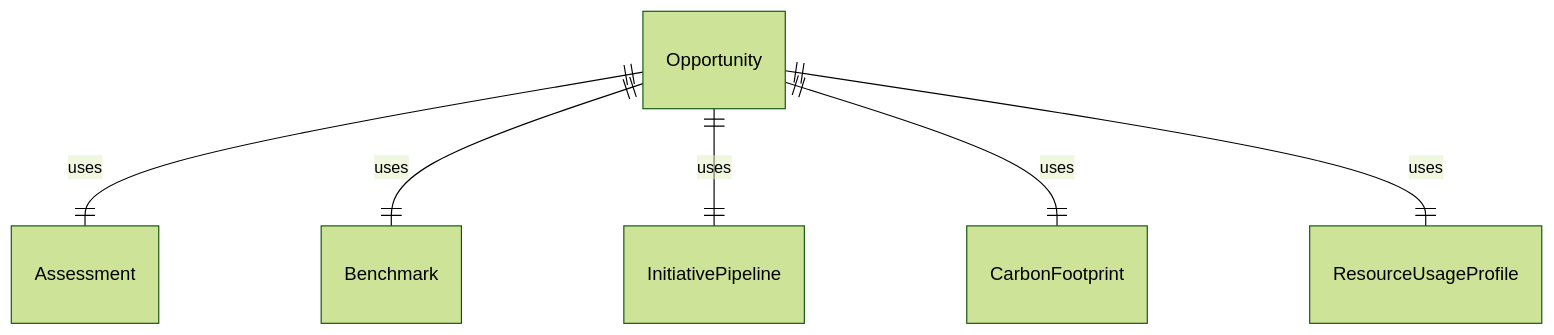
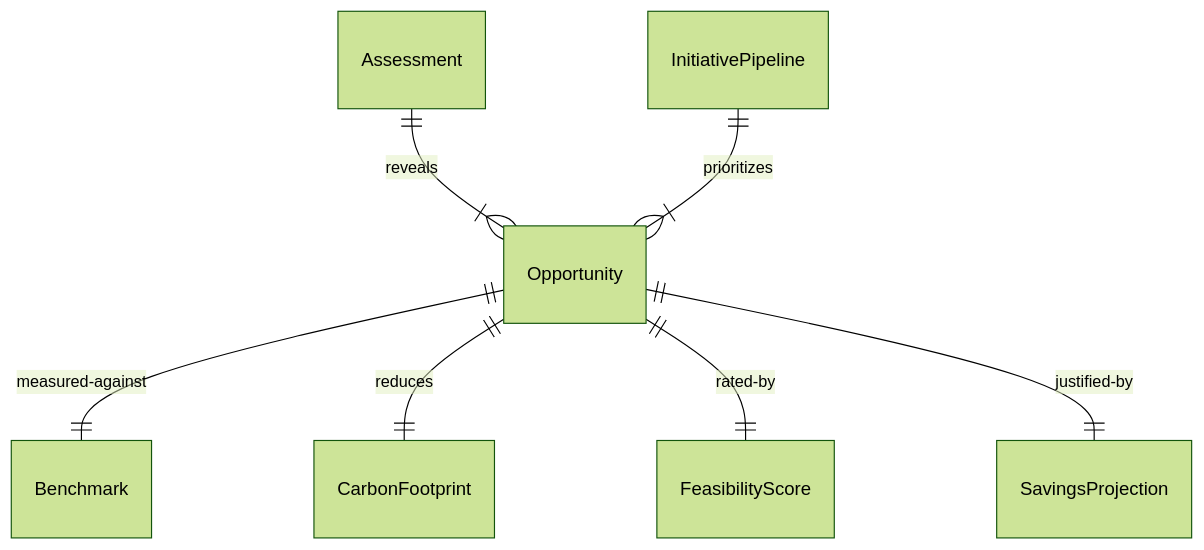
One commit to dot-org-ai/tasks.org.ai changed the first of 4 diagrams in IdentifyingObjectsActionsAndEvents/IdentifyBusinessOrOrganizationalOpportunities/IdentifyOpportunitiesGreenInitiatives.mdx. Above: the diagram before and after it, drawn with Mermaid (forest theme). The commit also changed other lines of this file and 515 other files, not shown here.

````diff
--- a/IdentifyingObjectsActionsAndEvents/IdentifyBusinessOrOrganizationalOpportunities/IdentifyOpportunitiesGreenInitiatives.mdx
+++ b/IdentifyingObjectsActionsAndEvents/IdentifyBusinessOrOrganizationalOpportunities/IdentifyOpportunitiesGreenInitiatives.mdx
@@ -91,8 +91,9 @@
 ```mermaid
 erDiagram
-    Opportunity ||--|| Assessment : "uses"
-    Opportunity ||--|| Benchmark : "uses"
-    Opportunity ||--|| InitiativePipeline : "uses"
-    Opportunity ||--|| CarbonFootprint : "uses"
-    Opportunity ||--|| ResourceUsageProfile : "uses"
+    Assessment ||--|{ Opportunity : "reveals"
+    Opportunity ||--|| Benchmark : "measured-against"
+    InitiativePipeline ||--|{ Opportunity : "prioritizes"
+    Opportunity ||--|| CarbonFootprint : "reduces"
+    Opportunity ||--|| FeasibilityScore : "rated-by"
+    Opportunity ||--|| SavingsProjection : "justified-by"
 ```
````
